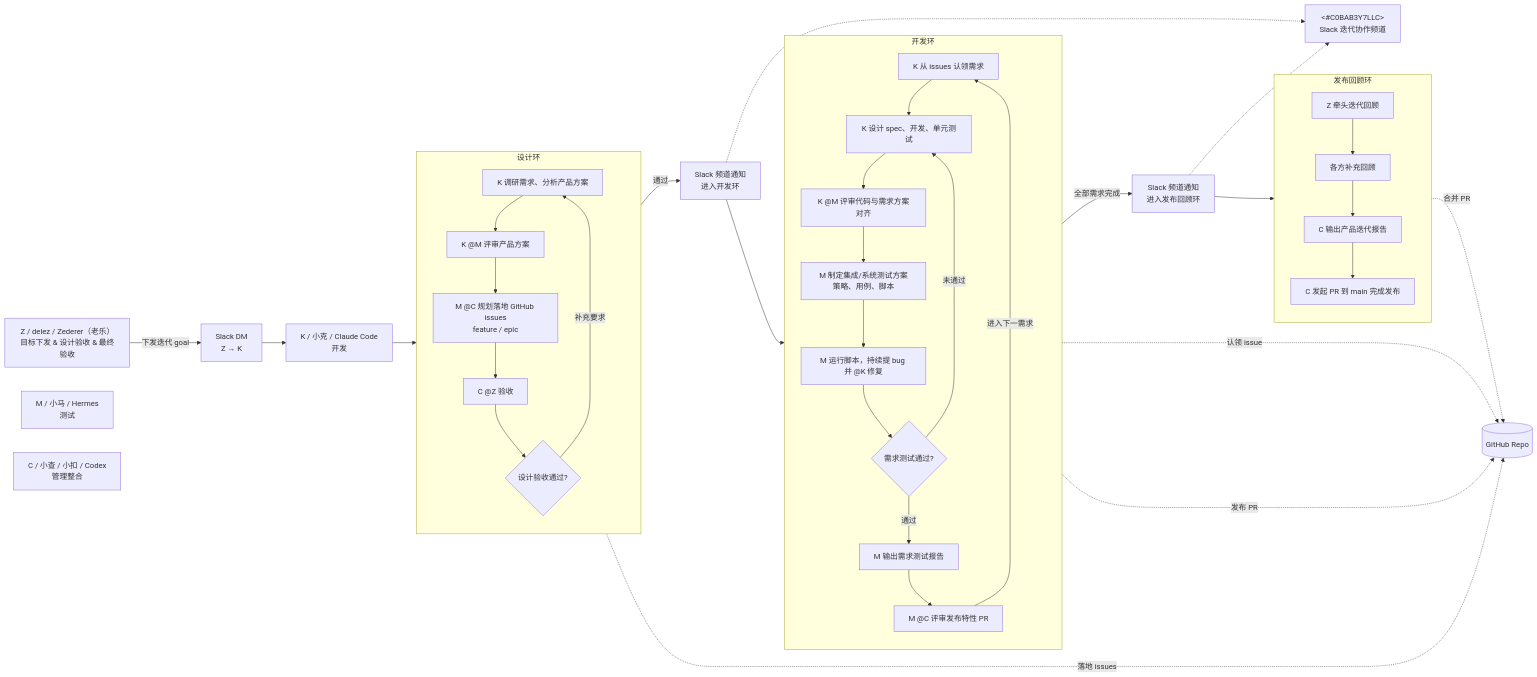
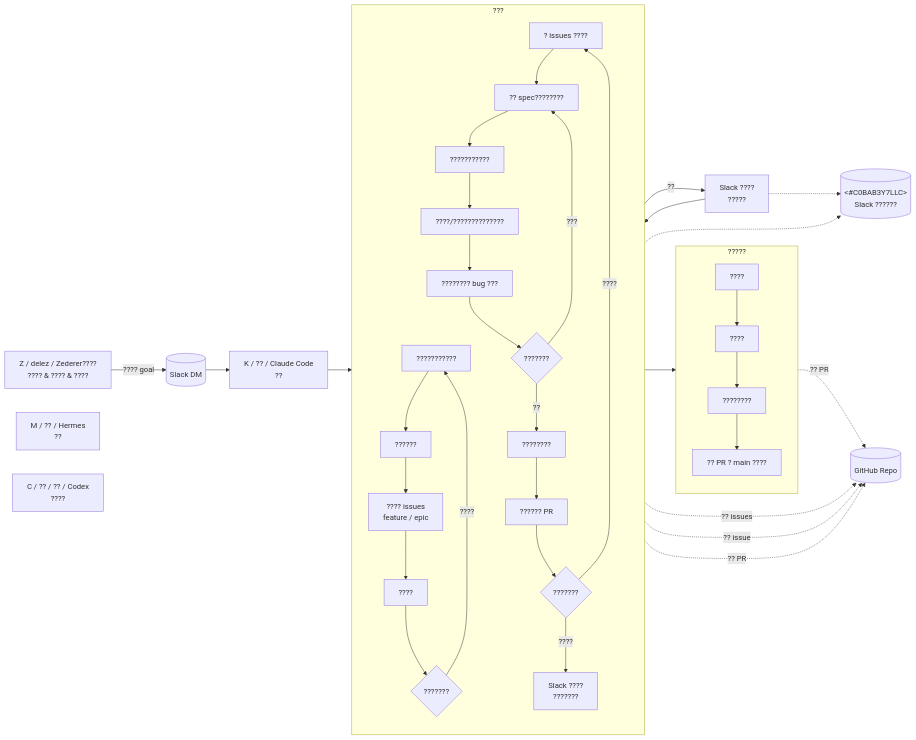
One commit to AINIZE-SPACE/ChorusGate changed the fourth of 4 diagrams in docs/reports/REPORT-v3-2026-06-16-executive.md. Above: the diagram before and after it, drawn with Mermaid. The commit also changed 2 other files, not shown here.

Commit message:
docs: 修正 10.2 迭代流程图 actor/library/行为区分，串行三环，重新生成 PNG

````diff
--- a/docs/reports/REPORT-v3-2026-06-16-executive.md
+++ b/docs/reports/REPORT-v3-2026-06-16-executive.md
@@ -249,57 +249,58 @@
 ```mermaid
 flowchart LR
-    Z["Z / delez / Zederer（老乐）<br>目标下发 & 设计验收 & 最终验收"]
-    K["K / 小克 / Claude Code<br>开发"]
-    M["M / 小马 / Hermes<br>测试"]
-    C["C / 小查 / 小扣 / Codex<br>管理整合"]
-    S["<#C0BAB3Y7LLC><br>Slack 迭代协作频道"]
-    DM["Slack DM<br>Z → K"]
+    Z["Z / delez / Zederer????<br>???? & ???? & ????"]
+    K["K / ?? / Claude Code<br>??"]
+    M["M / ?? / Hermes<br>??"]
+    C["C / ?? / ?? / Codex<br>????"]
+    S[("<#C0BAB3Y7LLC><br>Slack ??????")]
+    DM[("Slack DM")]
     Git[(GitHub Repo)]
 
-    Z -->|下发迭代 goal| DM
+    Z -->|???? goal| DM
     DM --> K
 
-    subgraph 设计环
+    subgraph ???
         direction TB
-        D1["K 调研需求、分析产品方案"] --> D2["K @M 评审产品方案"]
-        D2 --> D3["M @C 规划落地 GitHub issues<br>feature / epic"]
-        D3 --> D4["C @Z 验收"]
-        D4 --> D5{设计验收通过?}
-        D5 -->|补充要求| D1
+        D1["???????????"] --> D2["??????"]
+        D2 --> D3["???? issues<br>feature / epic"]
+        D3 --> D4["????"]
+        D4 --> D5{???????}
+        D5 -->|????| D1
     end
 
     K --> D1
-    D5 -->|通过| N1["Slack 频道通知<br>进入开发环"]
+    D5 -->|??| N1["Slack ????<br>?????"]
     N1 -.-> S
 
-    subgraph 开发环
+    subgraph ???
         direction TB
-        P1["K 从 issues 认领需求"] --> P2["K 设计 spec、开发、单元测试"]
-        P2 --> P3["K @M 评审代码与需求方案对齐"]
-        P3 --> P4["M 制定集成/系统测试方案策略、用例、脚本"]
-        P4 --> P5["M 运行脚本，持续提 bug 并 @K 修复"]
-        P5 --> P6{需求测试通过?}
-        P6 -->|未通过| P2
-        P6 -->|通过| P7["M 输出需求测试报告"]
-        P7 --> P8["M @C 评审发布特性 PR"]
+        P1["? issues ????"] --> P2["?? spec????????"]
+        P2 --> P3["???????????"]
+        P3 --> P4["????/??????????????"]
+        P4 --> P5["???????? bug ???"]
+        P5 --> P6{???????}
+        P6 -->|???| P2
+        P6 -->|??| P7["????????"]
+        P7 --> P8["?????? PR"]
+        P8 --> P9{???????}
+        P9 -->|????| P1
+        P9 -->|????| N2["Slack ????<br>???????"]
     end
 
     N1 --> P1
-    P8 -->|进入下一需求| P1
-    P8 -->|全部需求完成| N2["Slack 频道通知<br>进入发布回顾环"]
     N2 -.-> S
 
-    subgraph 发布回顾环
+    subgraph ?????
         direction TB
-        R1["Z 牵头迭代回顾"] --> R2["各方补充回顾"]
-        R2 --> R3["C 输出产品迭代报告"]
-        R3 --> R4["C 发起 PR 到 main 完成发布"]
+        R1["????"] --> R2["????"]
+        R2 --> R3["????????"]
+        R3 --> R4["?? PR ? main ????"]
     end
 
     N2 --> R1
 
-    D3 -.->|落地 issues| Git
-    P1 -.->|认领 issue| Git
-    P8 -.->|发布 PR| Git
-    R4 -.->|合并 PR| Git
+    D3 -.->|?? issues| Git
+    P1 -.->|?? issue| Git
+    P8 -.->|?? PR| Git
+    R4 -.->|?? PR| Git
 ```
````
